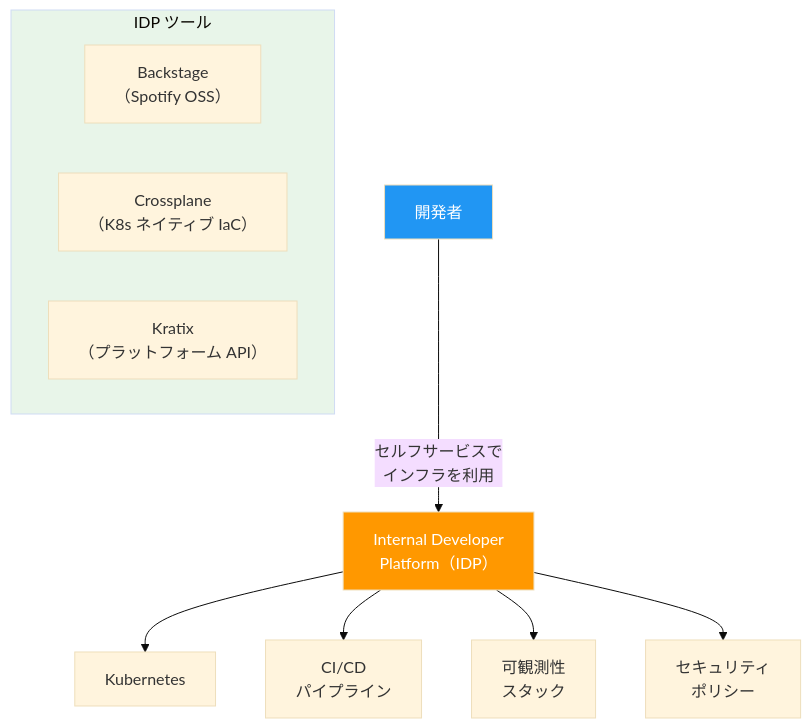
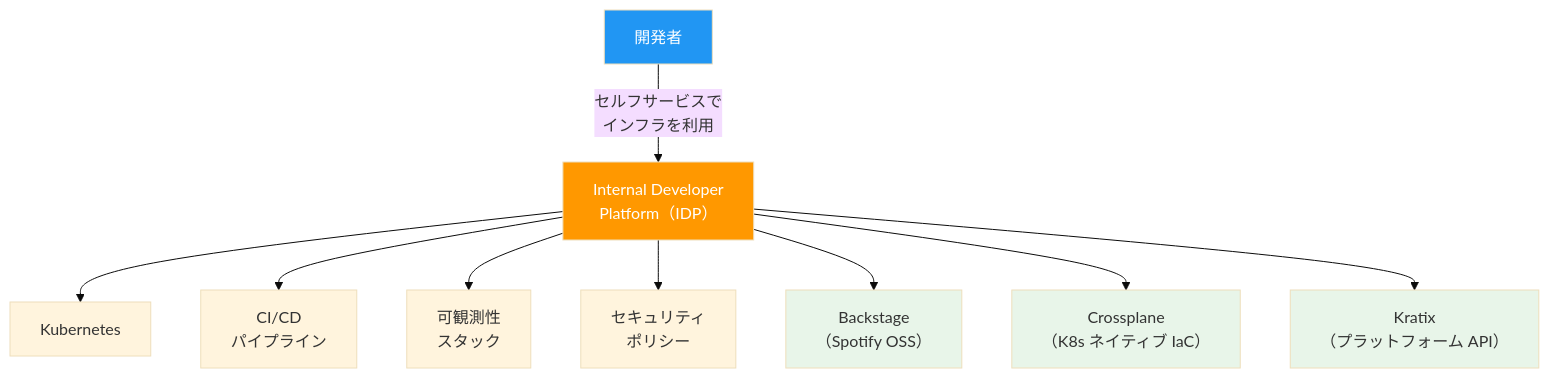
The seventh of 10 diagrams in foundation/13-mlops-aiops/README.md (HayatoToyoda/DK), drawn with Mermaid (base theme) before and after one commit. The commit also changed other lines of this file and 8 other files, not shown here.

````diff
--- a/foundation/13-mlops-aiops/README.md
+++ b/foundation/13-mlops-aiops/README.md
@@ -212,22 +219,22 @@
 ```mermaid
 flowchart TB
     Dev["開発者"]
     IDP["Internal Developer<br/>Platform（IDP）"]
 
     Dev -- "セルフサービスで<br/>インフラを利用" --> IDP
 
     IDP --> K8s["Kubernetes"]
     IDP --> CI["CI/CD<br/>パイプライン"]
     IDP --> Obs["可観測性<br/>スタック"]
     IDP --> Sec["セキュリティ<br/>ポリシー"]
 
-    subgraph Tools["IDP ツール"]
-        Backstage["Backstage<br/>（Spotify OSS）"]
-        Crossplane["Crossplane<br/>（K8s ネイティブ IaC）"]
-        Kratix["Kratix<br/>（プラットフォーム API）"]
-    end
+    IDP --> Backstage["Backstage<br/>（Spotify OSS）"]
+    IDP --> Crossplane["Crossplane<br/>（K8s ネイティブ IaC）"]
+    IDP --> Kratix["Kratix<br/>（プラットフォーム API）"]
 
     style Dev fill:#2196F3,color:#fff
     style IDP fill:#FF9800,color:#fff
-    style Tools fill:#e8f5e9
+    style Backstage fill:#e8f5e9
+    style Crossplane fill:#e8f5e9
+    style Kratix fill:#e8f5e9
 ```
````
